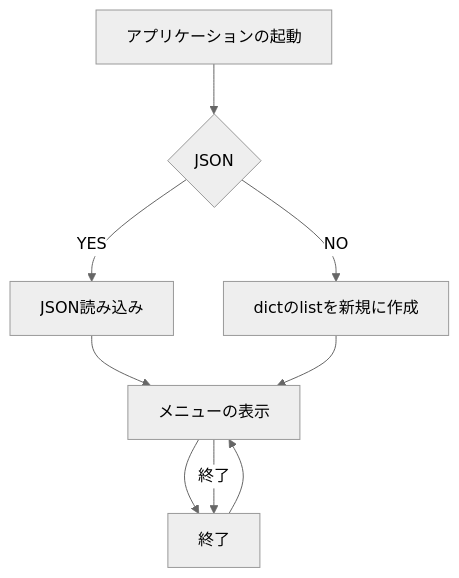
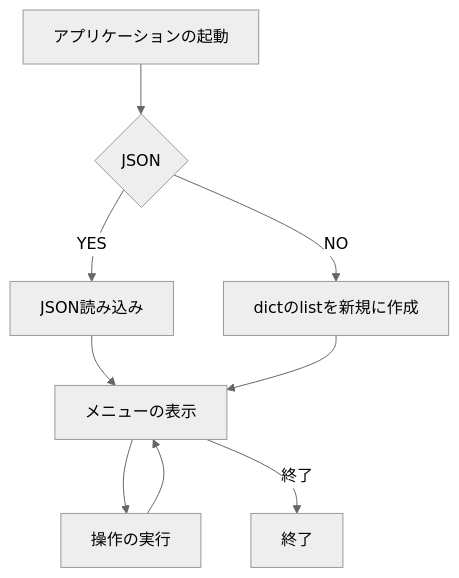
One commit to tomokimizuno-dev/001-002-task-management-app changed the diagram in README.md. Above: the diagram before and after it, drawn with Mermaid (neutral theme).

Commit message:
update flowchart

````diff
--- a/README.md
+++ b/README.md
@@ -43,11 +43,11 @@
 ```mermaid
 graph TD
     A[アプリケーションの起動] --> B{JSON}
     B -- YES --> C[JSON読み込み]
     B -- NO --> D[dictのlistを新規に作成]
     C --> E[メニューの表示]
     D --> E
     E --> F[操作の実行]
     F --> E
-    E -- 終了 --> F[終了]
+    E -- 終了 --> G[終了]
 ```
````
